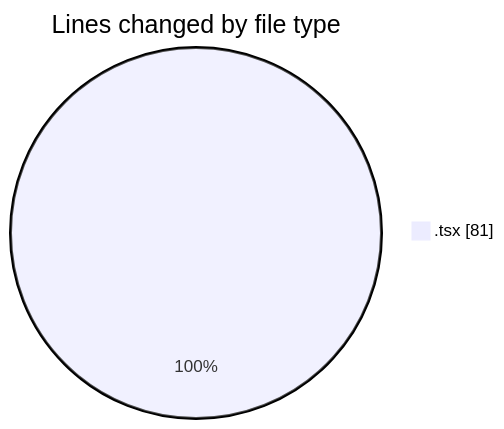
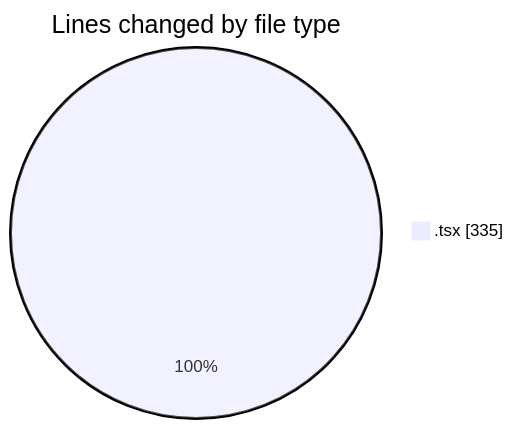
The first of 2 diagrams in 2025-04-01/cda/README.md (momahboobian/code-tracking), drawn with Mermaid before and after one commit. The commit also changed other lines of this file and 1 other file, not shown here.

````diff
--- a/2025-04-01/cda/README.md
+++ b/2025-04-01/cda/README.md
@@ -20,5 +21,5 @@
 ```mermaid
 pie showData
 title Lines changed by file type
-".tsx" : 81
+".tsx" : 335
 ```
````
